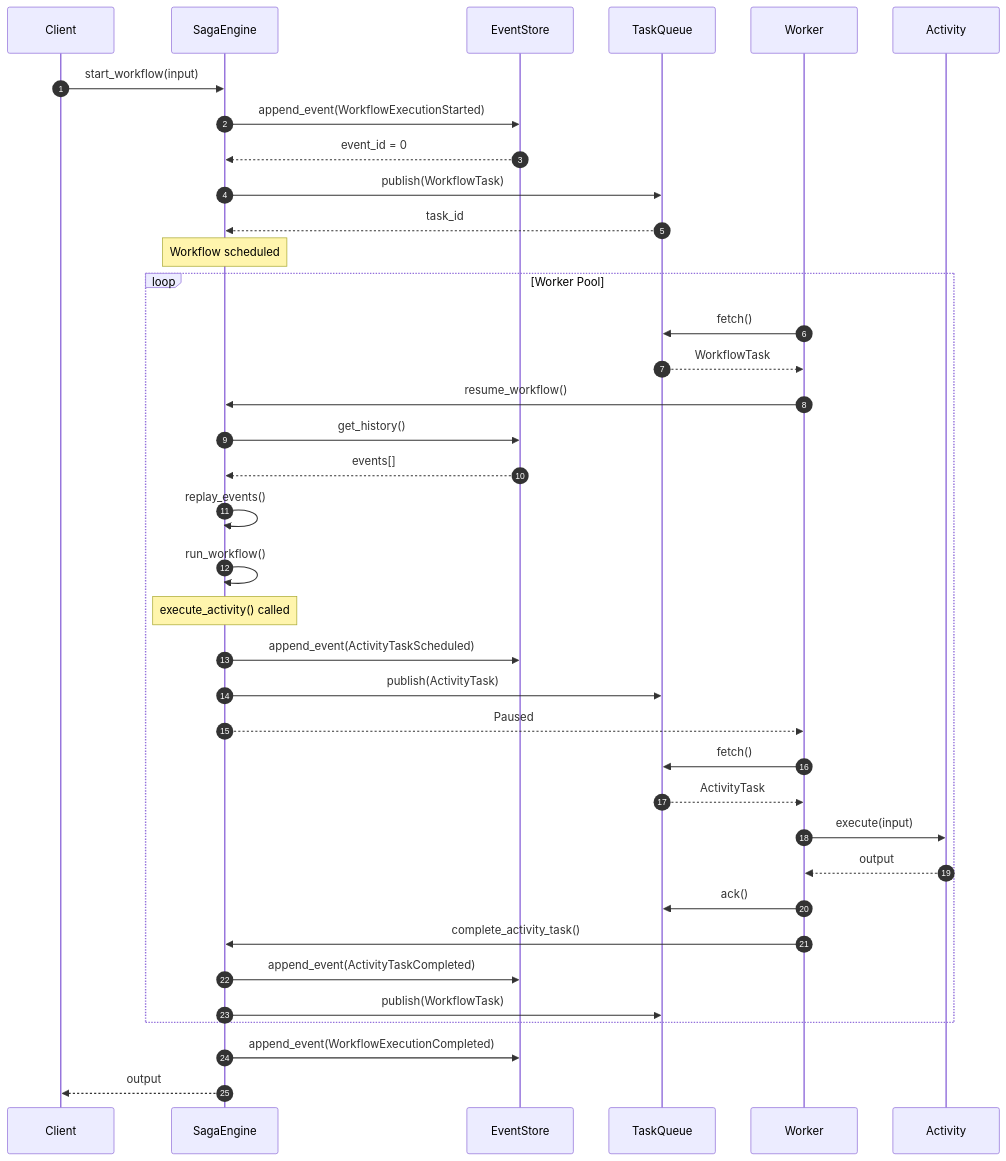
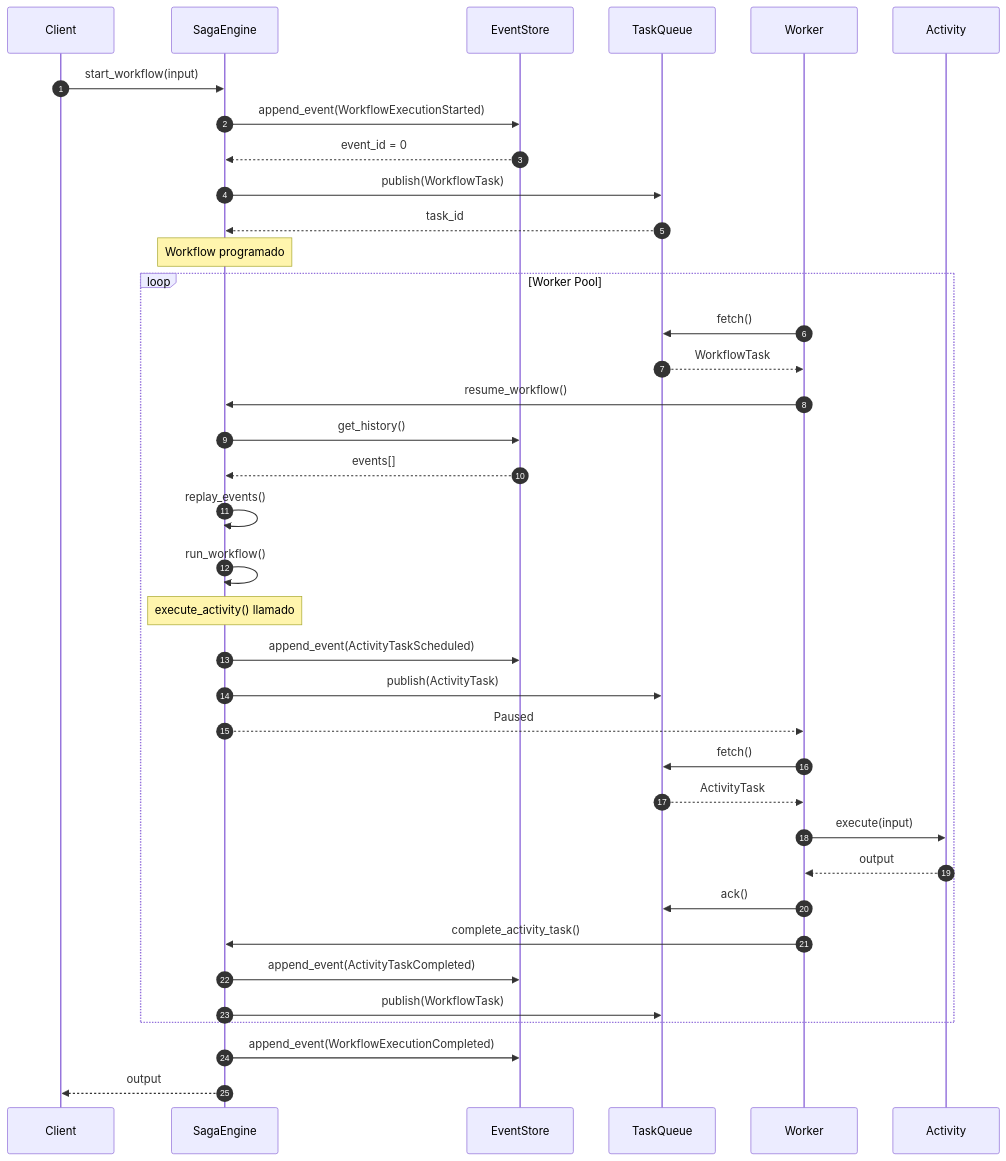
One commit to Rubentxu/hodei-jobs changed the fifth of 27 diagrams in docs/manuales/MANUAL_SAGA_ENGINE_DIAGRAMAS.md. Above: the diagram before and after it, drawn with Mermaid. The commit also changed other lines of this file and 7 other files, not shown here.

````diff
--- a/docs/manuales/MANUAL_SAGA_ENGINE_DIAGRAMAS.md
+++ b/docs/manuales/MANUAL_SAGA_ENGINE_DIAGRAMAS.md
@@ -184,50 +325,50 @@
 ```mermaid
 sequenceDiagram
     autonumber
     participant C as Client
     participant SE as SagaEngine
     participant ES as EventStore
     participant TQ as TaskQueue
     participant W as Worker
     participant A as Activity
     
     C->>SE: start_workflow(input)
     SE->>ES: append_event(WorkflowExecutionStarted)
     ES-->>SE: event_id = 0
     
     SE->>TQ: publish(WorkflowTask)
     TQ-->>SE: task_id
     
-    Note over SE: Workflow scheduled
+    Note over SE: Workflow programado
     
     loop Worker Pool
         W->>TQ: fetch()
         TQ-->>W: WorkflowTask
         W->>SE: resume_workflow()
         
         SE->>ES: get_history()
         ES-->>SE: events[]
         
         SE->>SE: replay_events()
         SE->>SE: run_workflow()
         
-        Note over SE: execute_activity() called
+        Note over SE: execute_activity() llamado
         
         SE->>ES: append_event(ActivityTaskScheduled)
         SE->>TQ: publish(ActivityTask)
         SE-->>W: Paused
         
         W->>TQ: fetch()
         TQ-->>W: ActivityTask
         W->>A: execute(input)
         A-->>W: output
         W->>TQ: ack()
         
         W->>SE: complete_activity_task()
         SE->>ES: append_event(ActivityTaskCompleted)
         SE->>TQ: publish(WorkflowTask)
     end
     
     SE->>ES: append_event(WorkflowExecutionCompleted)
     SE-->>C: output
 ```
````
